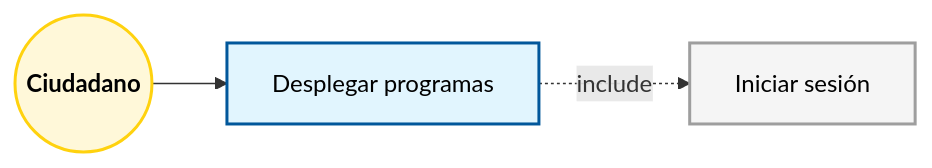
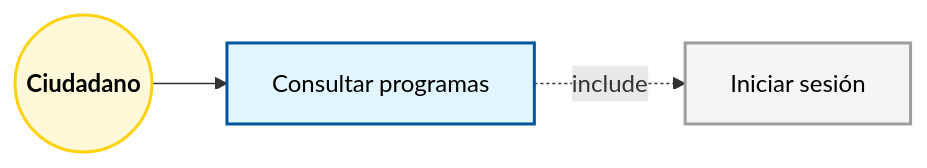
The third of 15 diagrams in docs/Diagrama_CasosdeUso.md (OnyxVariables/AGORA), drawn with Mermaid before and after one commit. The commit also changed other lines of this file and 5 other files, not shown here.

Commit message:
Replace Desplegar to Consultar and update svg's architecture

````diff
--- a/docs/Diagrama_CasosdeUso.md
+++ b/docs/Diagrama_CasosdeUso.md
@@ -109,10 +109,10 @@
 ```mermaid
 graph LR
     classDef actor fill:#fff8d9,stroke:#ffd20e,stroke-width:2px,color:#000
     classDef primario fill:#e1f5fe,stroke:#01579b,stroke-width:2px,color:#000
     classDef soporte fill:#f5f5f5,stroke:#9e9e9e,stroke-width:2px,color:#000
 
     Ciudadano((<b>Ciudadano</b>)):::actor
-    Ciudadano --> UC_Desplegar[Desplegar programas]:::primario
-    UC_Desplegar -.->|include| UC_Login[Iniciar sesión]:::soporte  
+    Ciudadano --> UC_Consultar[Consultar programas]:::primario
+    UC_Consultar -.->|include| UC_Login[Iniciar sesión]:::soporte  
 ``` 
````
